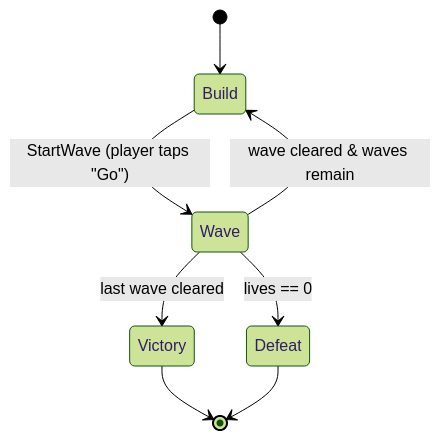
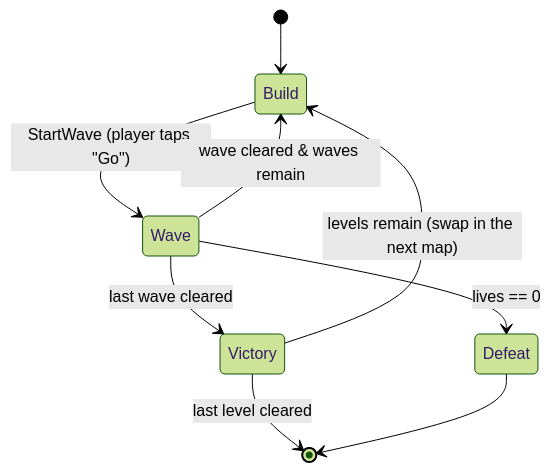
One commit to JDuranFerreira/MobileDemo changed the diagram in .claude/ARCHITECTURE.md. Above: the diagram before and after it, drawn with Mermaid (forest theme). The commit also changed other lines of this file and 37 other files, not shown here.

````diff
--- a/.claude/ARCHITECTURE.md
+++ b/.claude/ARCHITECTURE.md
@@ -99,10 +131,11 @@
 ```mermaid
 stateDiagram-v2
     [*] --> Build
     Build --> Wave : StartWave (player taps "Go")
     Wave --> Build : wave cleared & waves remain
     Wave --> Victory : last wave cleared
     Wave --> Defeat : lives == 0
-    Victory --> [*]
+    Victory --> Build : levels remain (swap in the next map)
+    Victory --> [*] : last level cleared
     Defeat --> [*]
 ```
````
